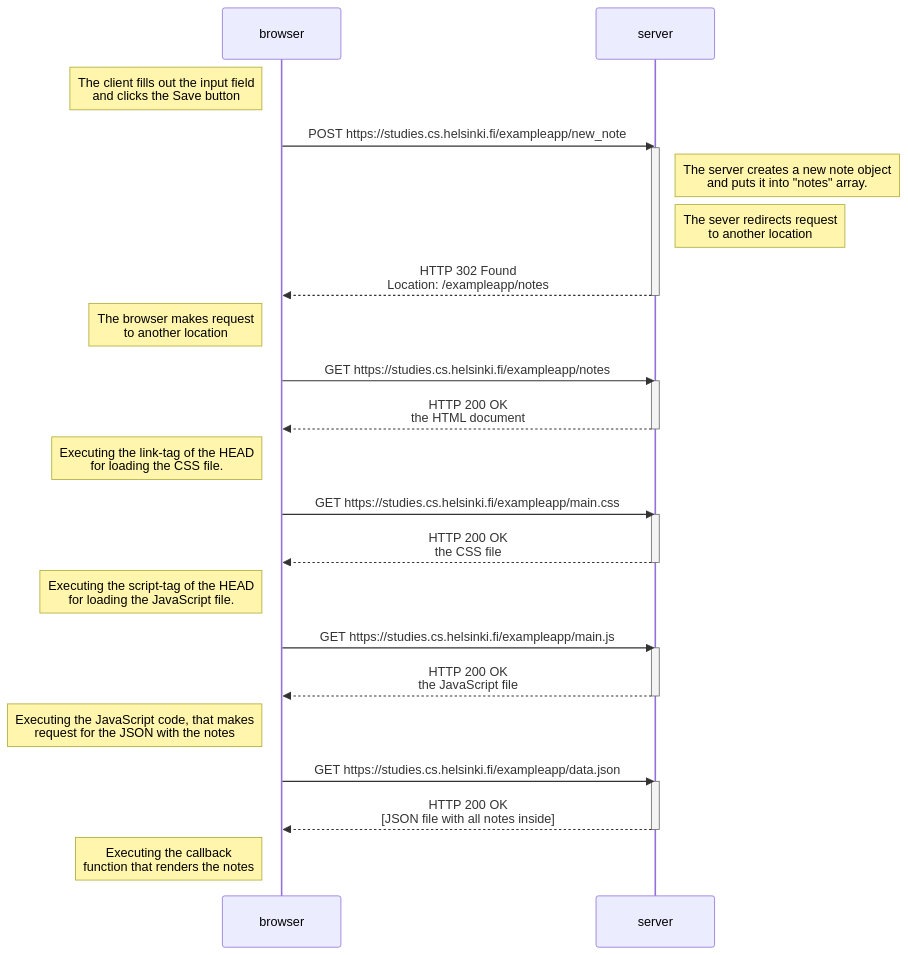
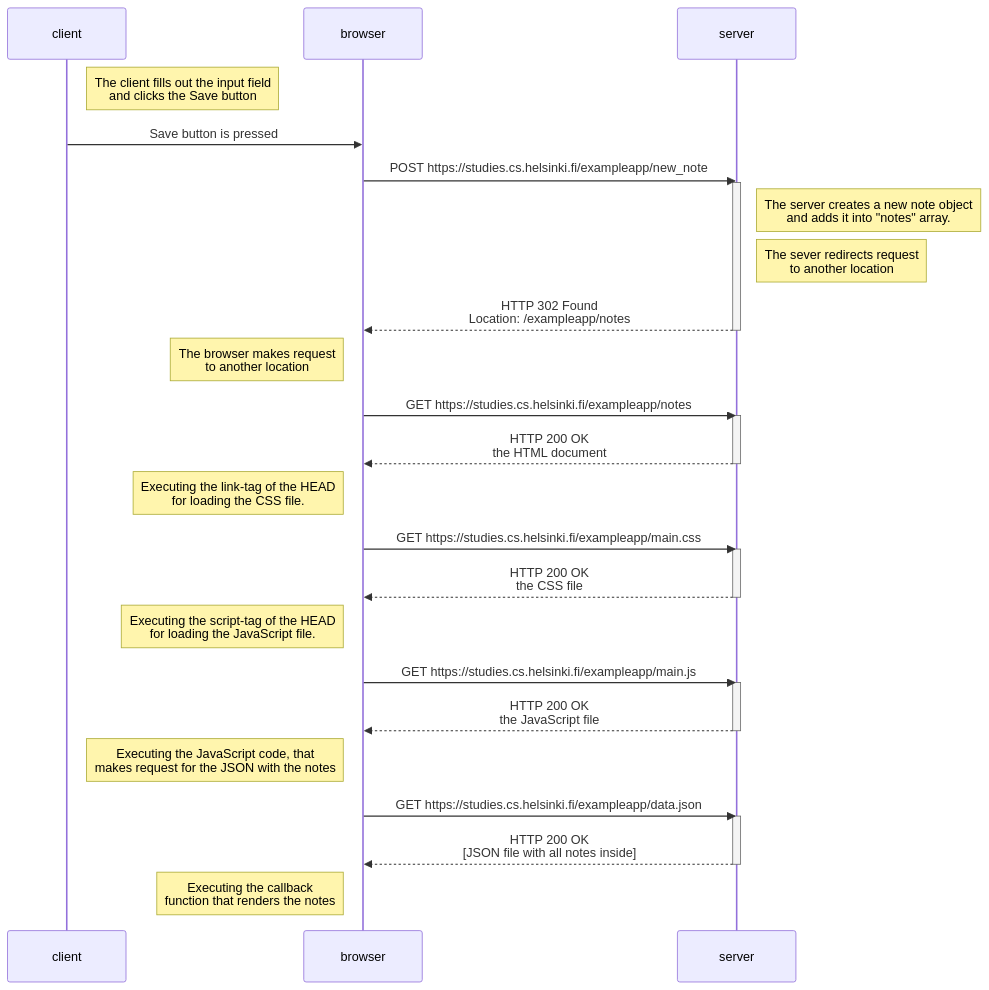
One commit to VadimZubchenko/fullstack-open-tehtavat changed the diagram in osa0/uusi_muistiinpano/README.md. Above: the diagram before and after it, drawn with Mermaid.

Commit message:
added the client side into diagram

````diff
--- a/osa0/uusi_muistiinpano/README.md
+++ b/osa0/uusi_muistiinpano/README.md
@@ -1,40 +1,42 @@
 ```mermaid
 sequenceDiagram
+    participant client
     participant browser
     participant server
     
-    Note left of browser: The client fills out the input field<br/>and clicks the Save button
+    Note right of client: The client fills out the input field<br/>and clicks the Save button
+    client->>browser: Save button is pressed
     browser->>server: POST https://studies.cs.helsinki.fi/exampleapp/new_note
     activate server
-    Note right of server: The server creates a new note object<br/>and puts it into "notes" array.
+    Note right of server: The server creates a new note object<br/>and adds it into "notes" array.
     Note right of server: The sever redirects request<br/>to another location                         
     server-->>browser: HTTP 302 Found<br/>Location: /exampleapp/notes
     deactivate server
 
     Note left of browser: The browser makes request<br/>to another location
     browser->>server: GET https://studies.cs.helsinki.fi/exampleapp/notes
     activate server
     server-->>browser: HTTP 200 OK<br/>the HTML document
     deactivate server
 
     Note left of browser: Executing the link-tag of the HEAD<br/>for loading the CSS file.
     browser->>server: GET https://studies.cs.helsinki.fi/exampleapp/main.css
     activate server
     server-->>browser: HTTP 200 OK<br/>the CSS file
     deactivate server
     Note left of browser: Executing the script-tag of the HEAD<br/>for loading the JavaScript file.
 
     browser->>server: GET https://studies.cs.helsinki.fi/exampleapp/main.js
     activate server
     server-->>browser: HTTP 200 OK<br/>the JavaScript file
     deactivate server
     
-    Note left of browser: Executing the JavaScript code, that makes<br/>request for the JSON with the notes   
+    Note left of browser: Executing the JavaScript code, that<br/>makes request for the JSON with the notes   
     
     browser->>server: GET https://studies.cs.helsinki.fi/exampleapp/data.json
     activate server
     server-->>browser: HTTP 200 OK<br/>[JSON file with all notes inside]
     deactivate server    
 
     Note left of browser: Executing the callback<br/>function that renders the notes
 ```
````
